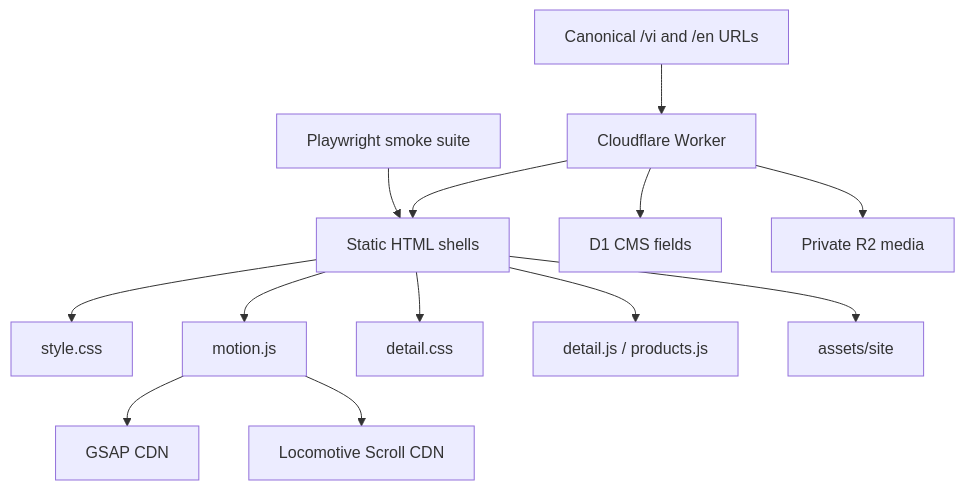
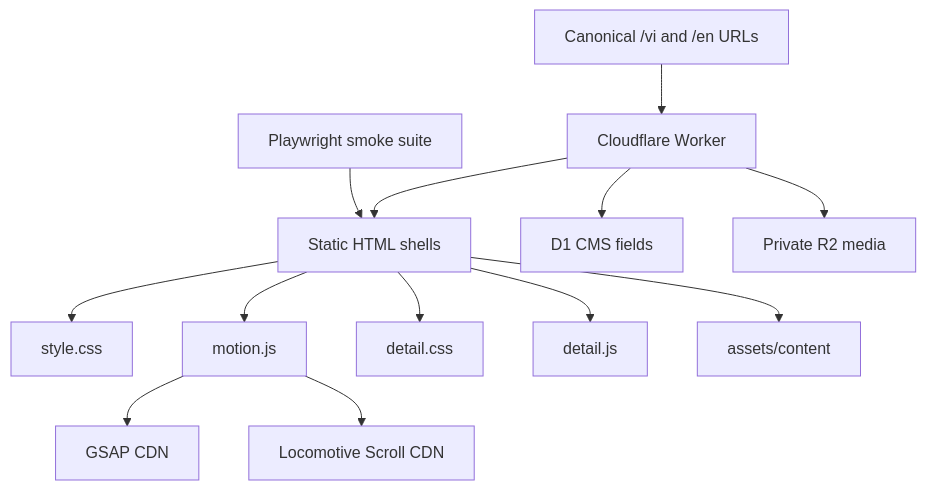
Before and after one commit to advertruongthinh-code/TruongThinhWebsite: the diagram in docs/engineering/ARCHITECTURE.md, drawn with Mermaid. The commit also changed other lines of this file and 599 other files, not shown here.

````diff
--- a/docs/engineering/ARCHITECTURE.md
+++ b/docs/engineering/ARCHITECTURE.md
@@ -9,15 +9,15 @@
 ```mermaid
 flowchart TD
   U["Canonical /vi and /en URLs"] --> W["Cloudflare Worker"]
   W --> A["Static HTML shells"]
   W --> DB["D1 CMS fields"]
   W --> R["Private R2 media"]
   A --> B["style.css"]
   A --> C["motion.js"]
   A --> D["detail.css"]
-  A --> E["detail.js / products.js"]
+  A --> E["detail.js"]
   C --> F["GSAP CDN"]
   C --> G["Locomotive Scroll CDN"]
-  A --> H["assets/site"]
+  A --> H["assets/content"]
   I["Playwright smoke suite"] --> A
 ```
````
